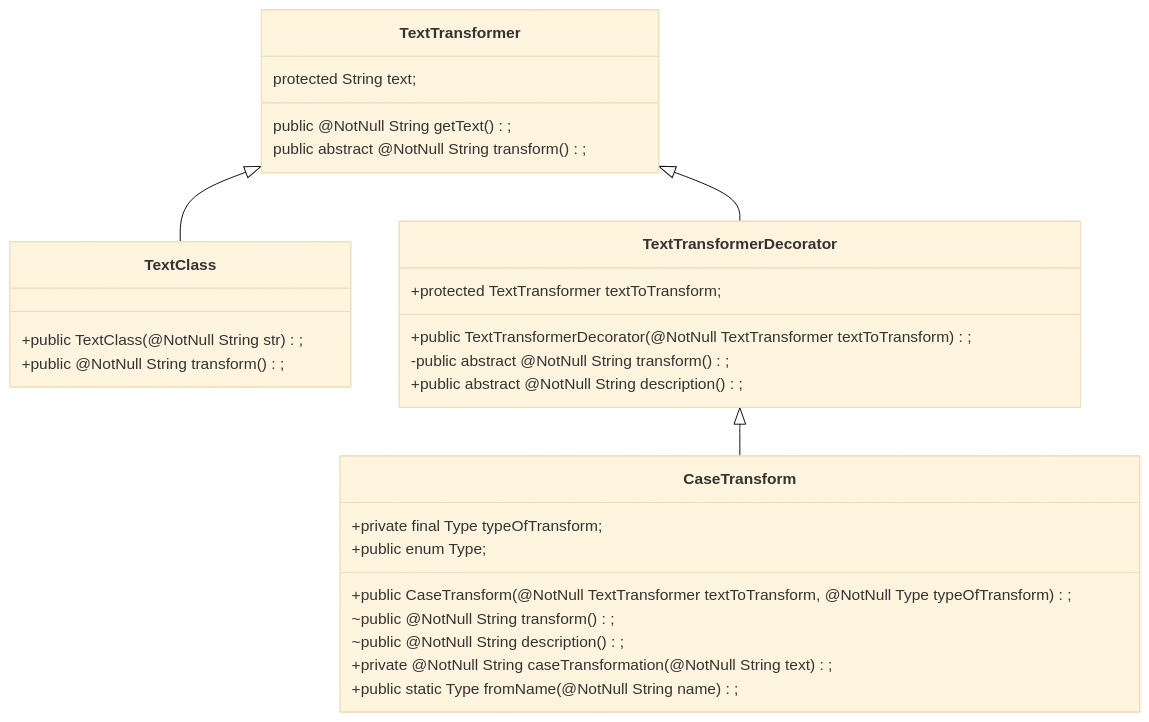
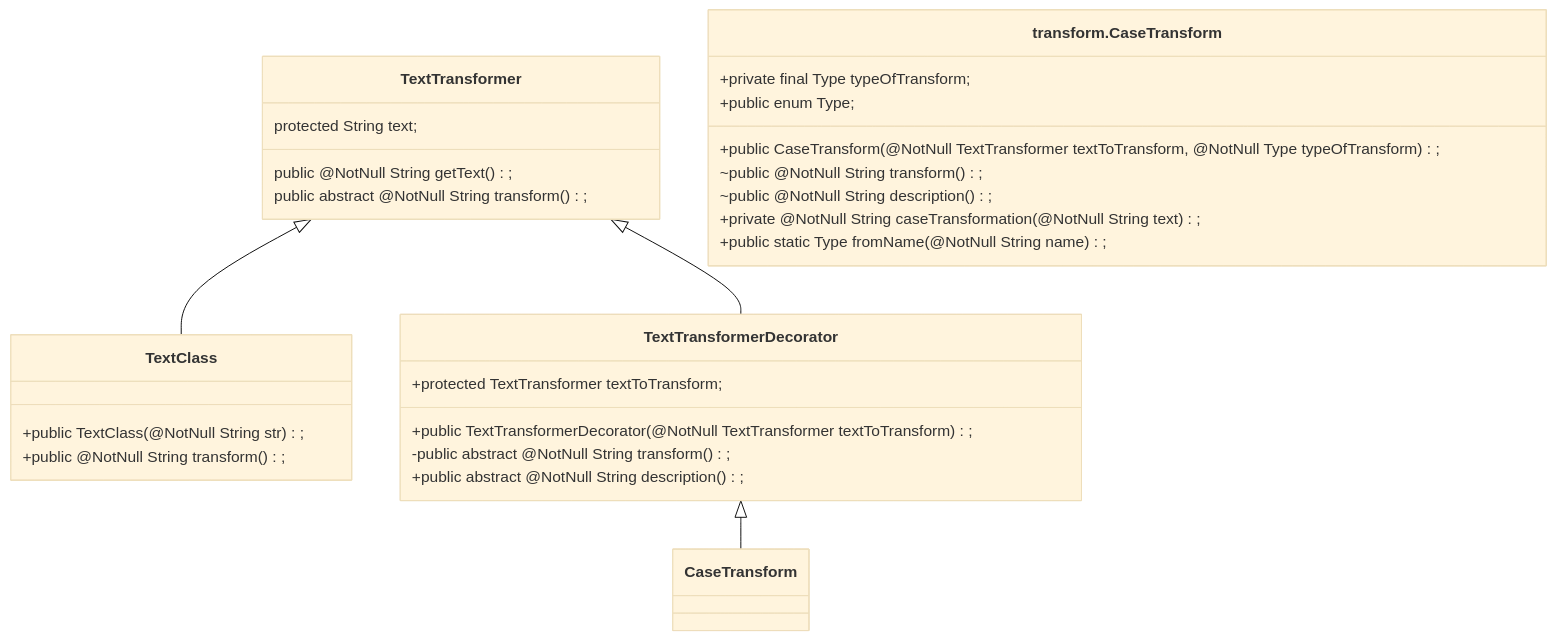
One commit to Dashrek/SK2_R_P_S changed the diagram in exampleclass.md. Above: the diagram before and after it, drawn with Mermaid (base theme).

````diff
--- a/exampleclass.md
+++ b/exampleclass.md
@@ -2,30 +2,30 @@
 ```mermaid
 classDiagram
   class TextTransformer {
     protected String text;
     public @NotNull String getText();
     public abstract @NotNull String transform();
   }
   class TextClass {
     +public TextClass(@NotNull String str);
     +public @NotNull String transform();
   }
   class TextTransformerDecorator{
     +protected TextTransformer textToTransform;
     +public TextTransformerDecorator(@NotNull TextTransformer textToTransform);
     -public abstract @NotNull String transform();
     +public abstract @NotNull String description();
   }
-  class CaseTransform{
+  class transform.CaseTransform{
     +private final Type typeOfTransform;
     +public CaseTransform(@NotNull TextTransformer textToTransform, @NotNull Type typeOfTransform);
     ~public @NotNull String transform();
     ~public @NotNull String description();
     +private @NotNull String caseTransformation(@NotNull String text);
     +public enum Type;
     +public static Type fromName(@NotNull String name);
   }
   TextTransformer <|-- TextTransformerDecorator
   TextTransformer <|-- TextClass
   TextTransformerDecorator <|-- CaseTransform
 ```
````
